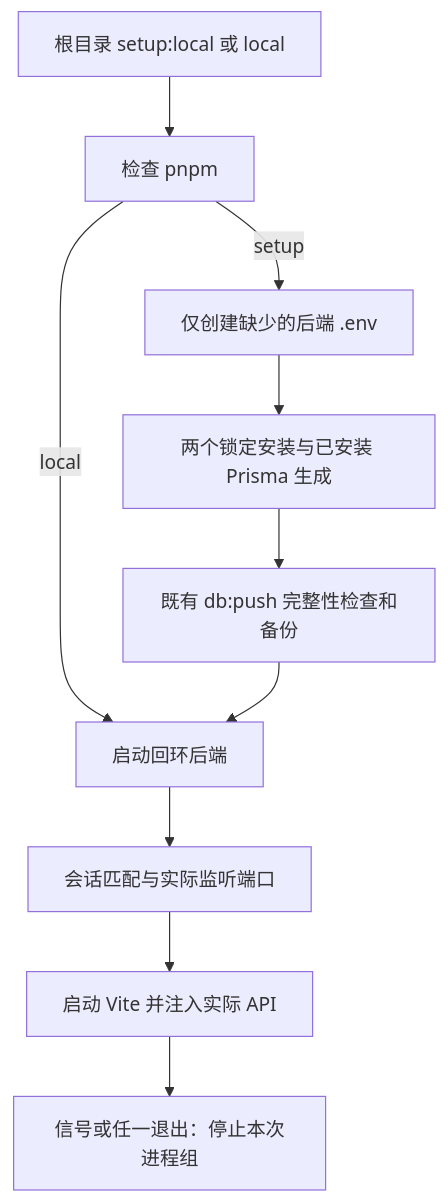
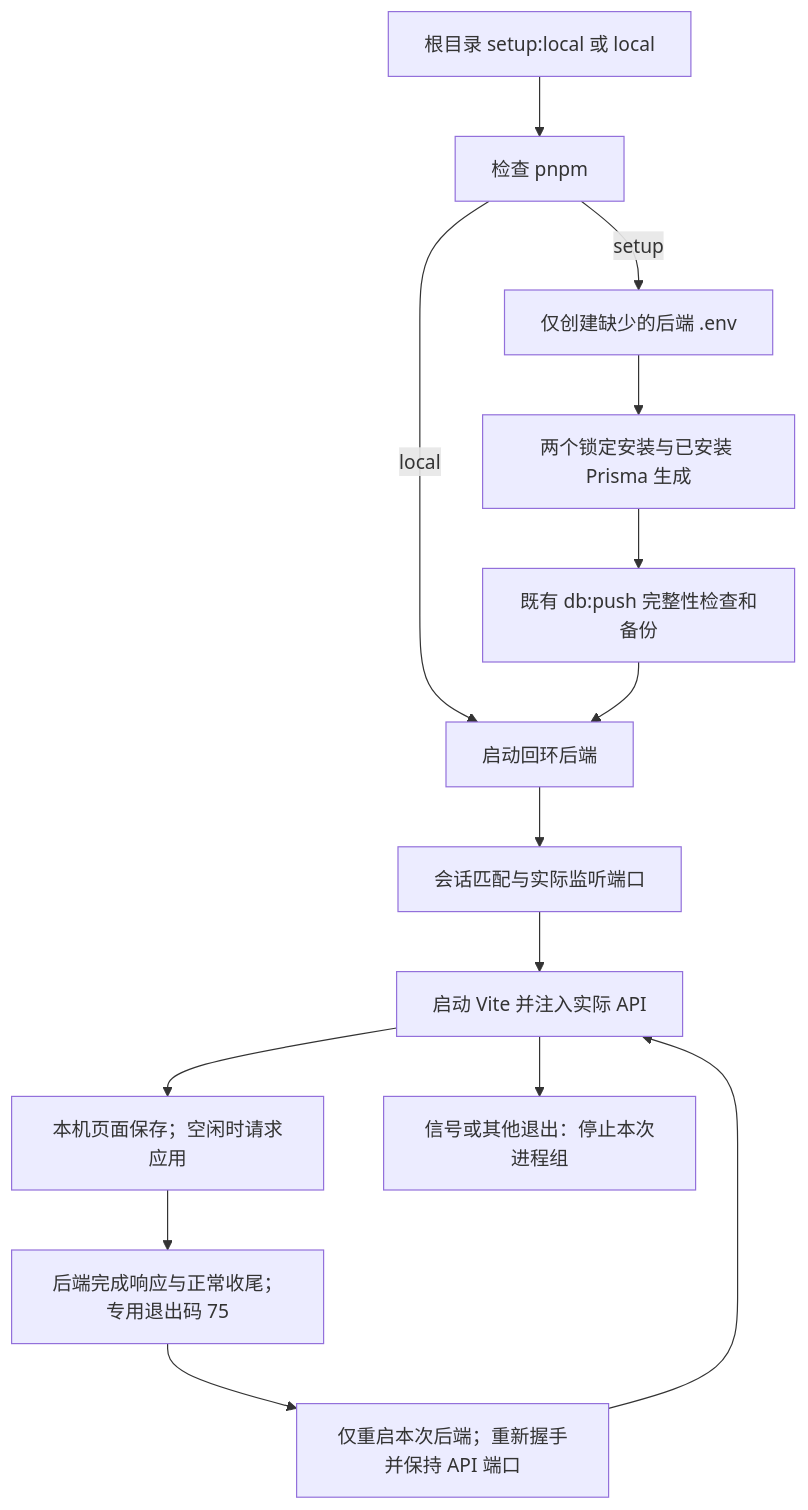
One commit to KlayPeter/AI-Delivery-Ops-Agent changed the diagram in scripts/local/FEATURE.md. Above: the diagram before and after it, drawn with Mermaid. The commit also changed other lines of this file and 26 other files, not shown here.

````diff
--- a/scripts/local/FEATURE.md
+++ b/scripts/local/FEATURE.md
@@ -19,12 +19,16 @@
 ```mermaid
 flowchart TD
     ROOT[根目录 setup:local 或 local] --> CHECK[检查 pnpm]
     CHECK -- setup --> ENV[仅创建缺少的后端 .env]
     ENV --> INSTALL[两个锁定安装与已安装 Prisma 生成]
     INSTALL --> DB[既有 db:push 完整性检查和备份]
     CHECK -- local --> START[启动回环后端]
     DB --> START
     START --> OWN[会话匹配与实际监听端口]
     OWN --> UI[启动 Vite 并注入实际 API]
-    UI --> STOP[信号或任一退出：停止本次进程组]
+    UI --> APPLY[本机页面保存；空闲时请求应用]
+    APPLY --> EXIT[后端完成响应与正常收尾；专用退出码 75]
+    EXIT --> RESTART[仅重启本次后端；重新握手并保持 API 端口]
+    RESTART --> UI
+    UI --> STOP[信号或其他退出：停止本次进程组]
 ```
````
